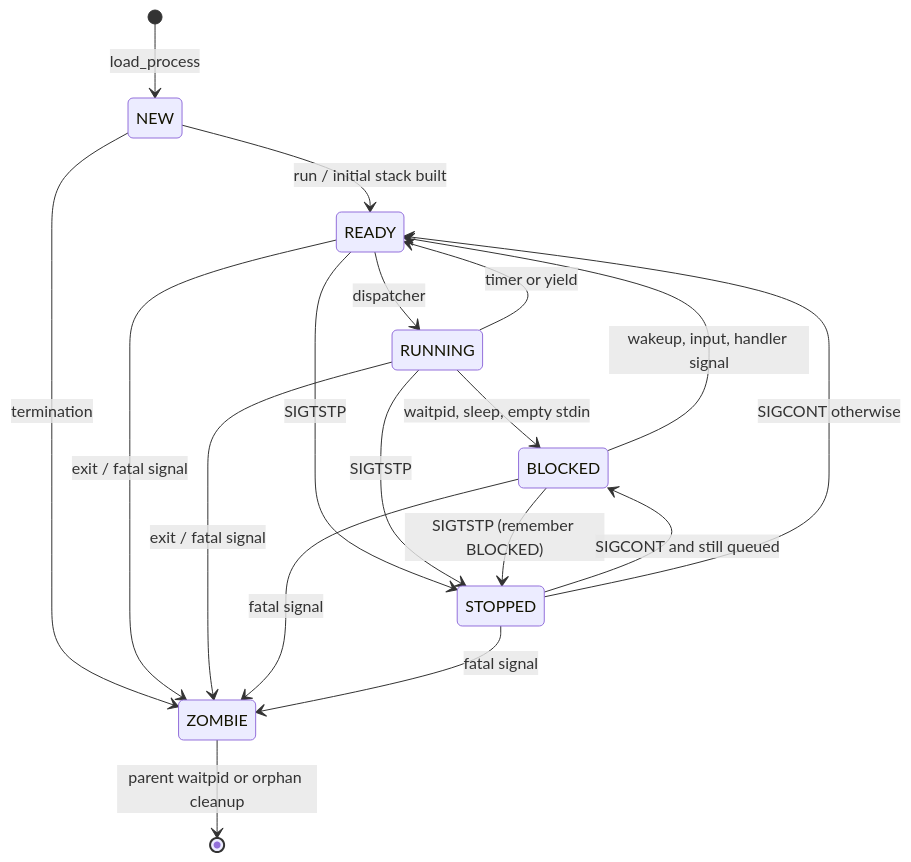
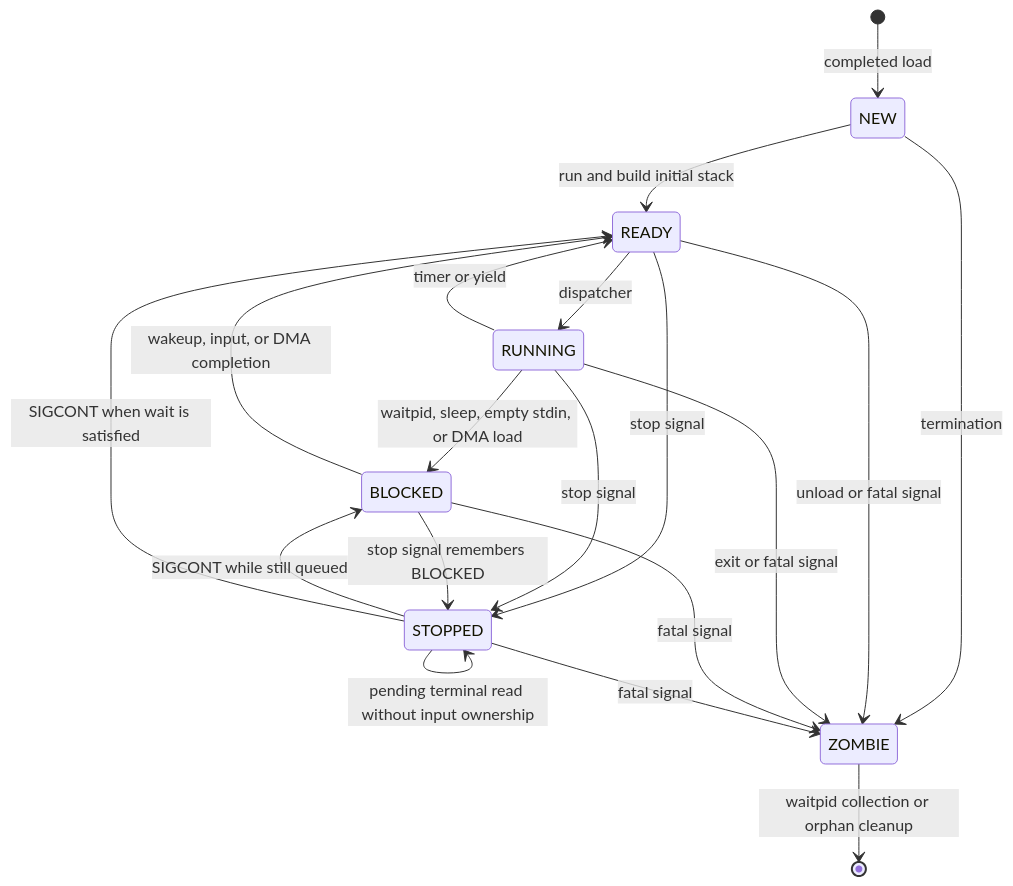
Before and after one commit to matthejue/Pico-OS_Presentation: diagram 11 of 30 in .source/Pico-OS-README.md, drawn with Mermaid. The commit also changed other lines of this file and 10 other files, not shown here.

Commit message:
updated the PicoOS presentation to follow the refreshed README structure and content Added visual zoom support, Mermaid rendering, presentation validation, and source review documentation Refreshed presentation styling, metadata, source snapshots, and contributor instructions

````diff
--- a/.source/Pico-OS-README.md
+++ b/.source/Pico-OS-README.md
@@ -1544,20 +1864,21 @@
 ```mermaid
 stateDiagram-v2
-    [*] --> NEW: load_process
-    NEW --> READY: run / initial stack built
+    [*] --> NEW: completed load
+    NEW --> READY: run and build initial stack
     READY --> RUNNING: dispatcher
     RUNNING --> READY: timer or yield
-    RUNNING --> BLOCKED: waitpid, sleep, empty stdin
-    BLOCKED --> READY: wakeup, input, handler signal
-    READY --> STOPPED: SIGTSTP
-    RUNNING --> STOPPED: SIGTSTP
-    BLOCKED --> STOPPED: SIGTSTP (remember BLOCKED)
-    STOPPED --> BLOCKED: SIGCONT and still queued
-    STOPPED --> READY: SIGCONT otherwise
+    RUNNING --> BLOCKED: waitpid, sleep, empty stdin, or DMA load
+    BLOCKED --> READY: wakeup, input, or DMA completion
+    READY --> STOPPED: stop signal
+    RUNNING --> STOPPED: stop signal
+    BLOCKED --> STOPPED: stop signal remembers BLOCKED
+    STOPPED --> BLOCKED: SIGCONT while still queued
+    STOPPED --> READY: SIGCONT when wait is satisfied
+    STOPPED --> STOPPED: pending terminal read without input ownership
     NEW --> ZOMBIE: termination
-    READY --> ZOMBIE: exit / fatal signal
-    RUNNING --> ZOMBIE: exit / fatal signal
+    READY --> ZOMBIE: unload or fatal signal
+    RUNNING --> ZOMBIE: exit or fatal signal
     BLOCKED --> ZOMBIE: fatal signal
     STOPPED --> ZOMBIE: fatal signal
-    ZOMBIE --> [*]: parent waitpid or orphan cleanup
+    ZOMBIE --> [*]: waitpid collection or orphan cleanup
 ```
````
